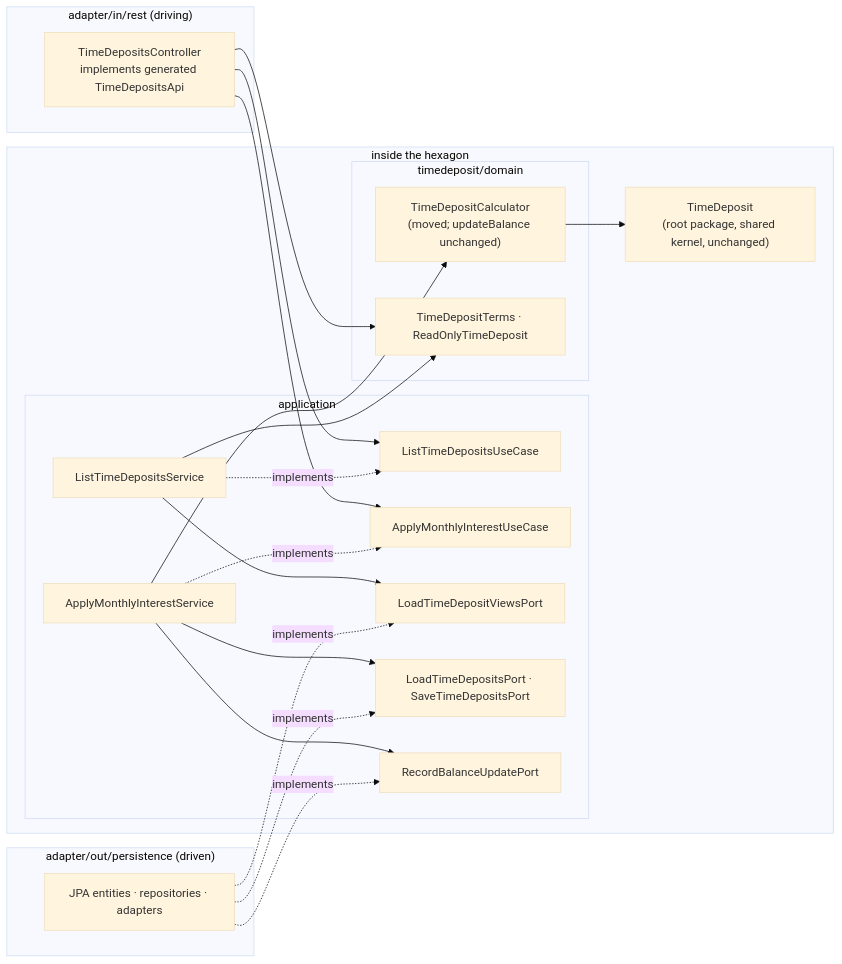
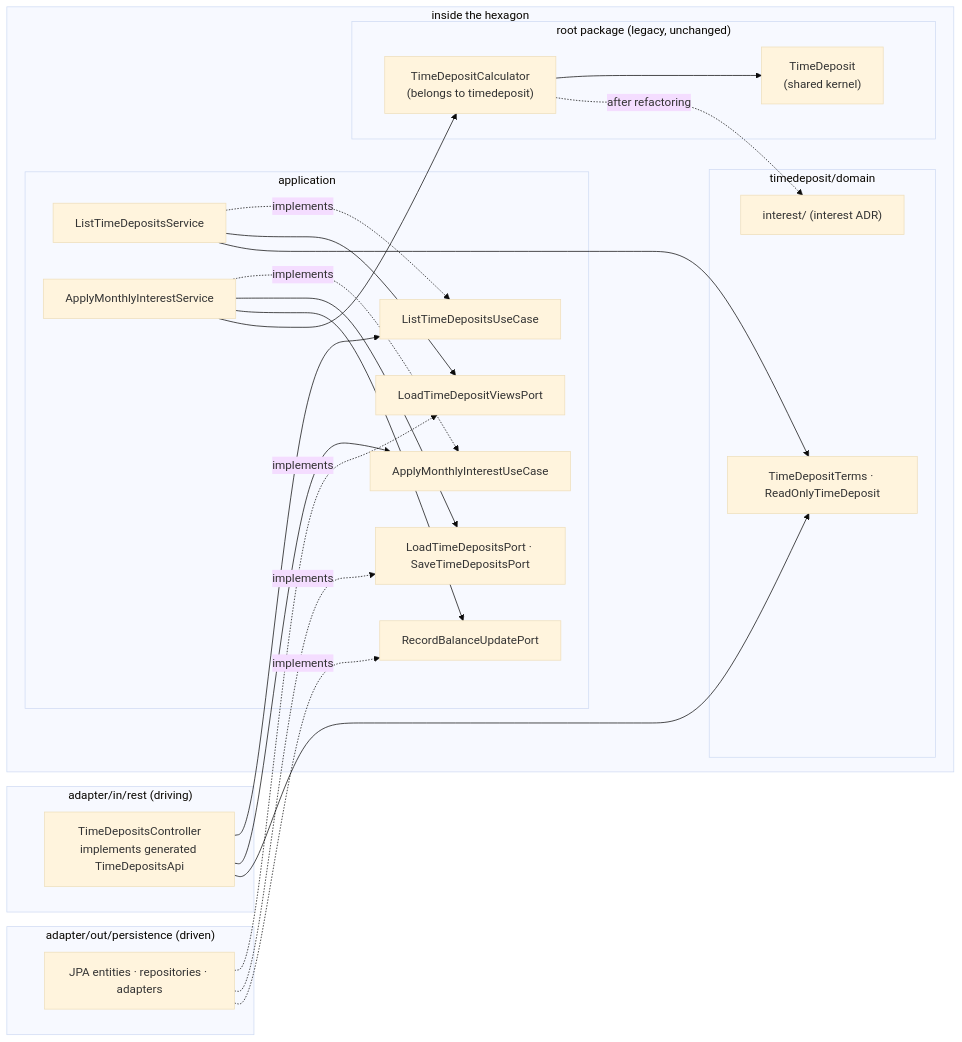
Before and after one commit to bh3x/time-deposit-kata: the third of 5 diagrams in docs/architecture/overview.md, drawn with Mermaid (base theme). The commit also changed other lines of this file and 3 other files, not shown here.

Commit message:
docs(adr): keep legacy classes in place and refine ADR-0008 rules

````diff
--- a/docs/architecture/overview.md
+++ b/docs/architecture/overview.md
@@ -31,34 +31,38 @@
 ```mermaid
 flowchart LR
   subgraph rest["adapter/in/rest (driving)"]
     ctrl["TimeDepositsController<br/>implements generated TimeDepositsApi"]
   end
   subgraph core["inside the hexagon"]
     subgraph app["application"]
       in1["ListTimeDepositsUseCase"]
       in2["ApplyMonthlyInterestUseCase"]
       svc1["ListTimeDepositsService"]
       svc2["ApplyMonthlyInterestService"]
       out1["LoadTimeDepositViewsPort"]
       out2["LoadTimeDepositsPort · SaveTimeDepositsPort"]
       out3["RecordBalanceUpdatePort"]
     end
     subgraph domain["timedeposit/domain"]
-      calc["TimeDepositCalculator<br/>(moved; updateBalance unchanged)"]
       terms["TimeDepositTerms · ReadOnlyTimeDeposit"]
+      policies["interest/ (interest ADR)"]
     end
-    kernel["TimeDeposit<br/>(root package, shared kernel, unchanged)"]
+    subgraph root["root package (legacy, unchanged)"]
+      calc["TimeDepositCalculator<br/>(belongs to timedeposit)"]
+      kernel["TimeDeposit<br/>(shared kernel)"]
+    end
   end
   subgraph persistence["adapter/out/persistence (driven)"]
     jpa["JPA entities · repositories · adapters"]
   end
   ctrl --> in1 & in2
   svc1 -. implements .-> in1
   svc2 -. implements .-> in2
   svc1 --> out1
   svc2 --> out2 & out3 & calc
   jpa -. implements .-> out1 & out2 & out3
   svc1 --> terms
   ctrl --> terms
   calc --> kernel
+  calc -. "after refactoring" .-> policies
 ```
````
